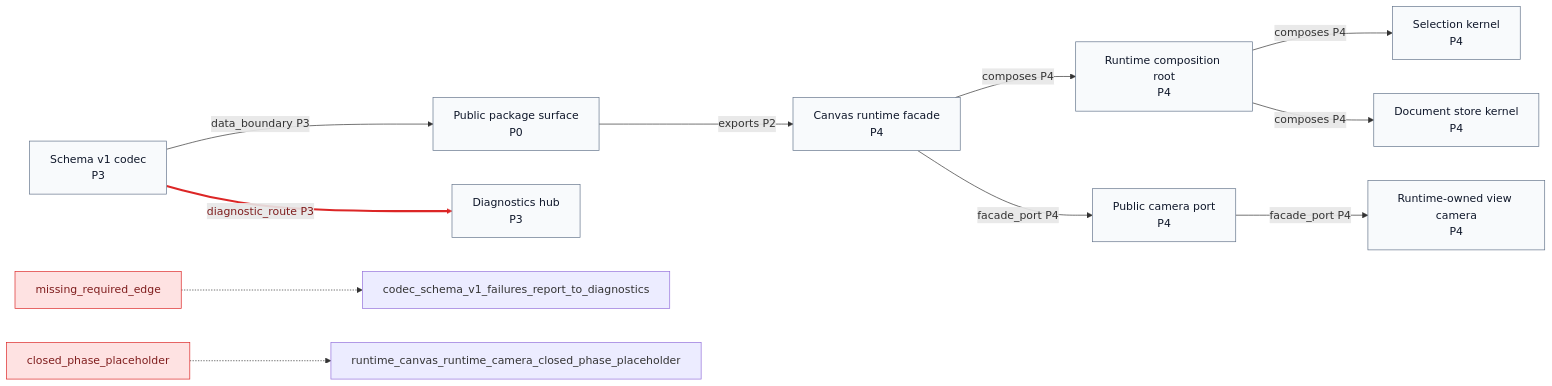
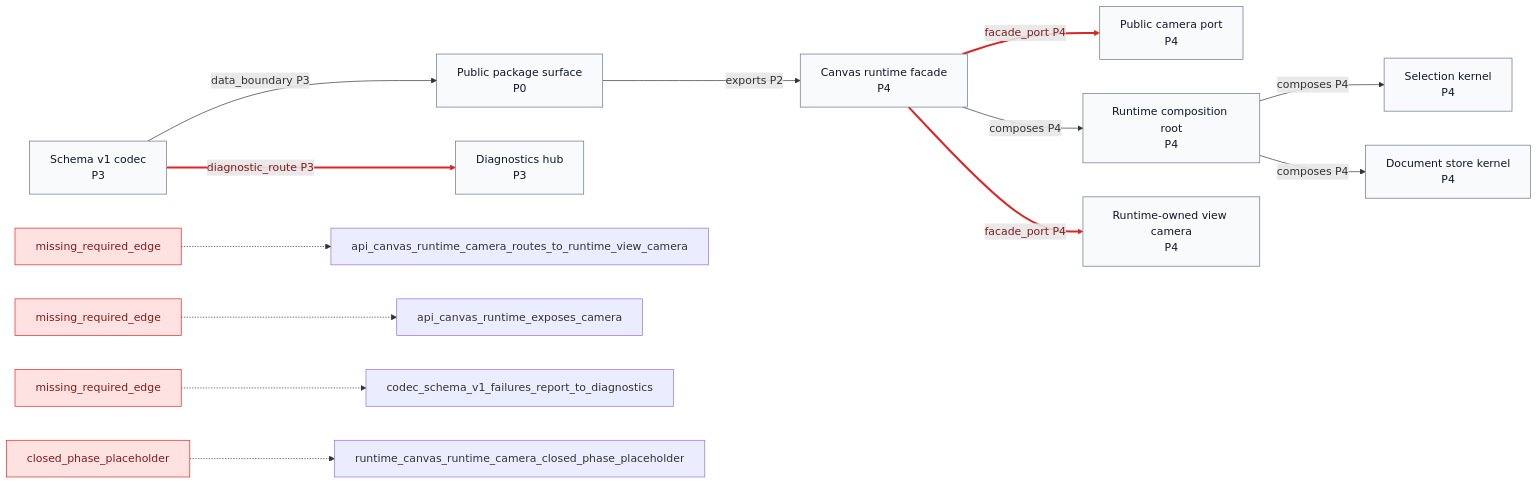
One commit to GreatPika/iwb_canvas_engine changed the diagram in docs/diagrams/generated/actual_vs_expected_diff.mmd. Above: the diagram before and after it, drawn with Mermaid. The commit also changed 8 other files, not shown here.

```diff
--- a/docs/diagrams/generated/actual_vs_expected_diff.mmd
+++ b/docs/diagrams/generated/actual_vs_expected_diff.mmd
@@ -1,29 +1,35 @@
 %% GENERATED FILE. Do not edit by hand.
 %% Source: docs/architecture/architecture_graph.yaml
 %% View: Actual vs expected selected phase diff
 %% Selected phase: P4
 flowchart LR
   api_camera_port["Public camera port\nP4"]:::ok
   api_canvas_runtime["Canvas runtime facade\nP4"]:::ok
   api_public_surface["Public package surface\nP0"]:::ok
   codec_schema_v1["Schema v1 codec\nP3"]:::ok
   diagnostics_hub["Diagnostics hub\nP3"]:::ok
   runtime_root["Runtime composition root\nP4"]:::ok
   runtime_view_camera["Runtime-owned view camera\nP4"]:::ok
   selection_kernel["Selection kernel\nP4"]:::ok
   store_document_kernel["Document store kernel\nP4"]:::ok
-  api_camera_port -->|facade_port P4| runtime_view_camera
+  api_canvas_runtime -->|facade_port P4| runtime_view_camera
   api_canvas_runtime -->|composes P4| runtime_root
   api_canvas_runtime -->|facade_port P4| api_camera_port
   api_public_surface -->|exports P2| api_canvas_runtime
   codec_schema_v1 -->|diagnostic_route P3| diagnostics_hub
   codec_schema_v1 -->|data_boundary P3| api_public_surface
   runtime_root -->|composes P4| selection_kernel
   runtime_root -->|composes P4| store_document_kernel
+  violation_api_canvas_runtime_camera_routes_to_runtime_view_camera["missing_required_edge"]:::violation
+  violation_api_canvas_runtime_camera_routes_to_runtime_view_camera -.-> api_canvas_runtime_camera_routes_to_runtime_view_camera
+  violation_api_canvas_runtime_exposes_camera["missing_required_edge"]:::violation
+  violation_api_canvas_runtime_exposes_camera -.-> api_canvas_runtime_exposes_camera
   violation_codec_schema_v1_failures_report_to_diagnostics["missing_required_edge"]:::violation
   violation_codec_schema_v1_failures_report_to_diagnostics -.-> codec_schema_v1_failures_report_to_diagnostics
   violation_runtime_canvas_runtime_camera_closed_phase_placeholder["closed_phase_placeholder"]:::violation
   violation_runtime_canvas_runtime_camera_closed_phase_placeholder -.-> runtime_canvas_runtime_camera_closed_phase_placeholder
   classDef ok fill:#f8fafc,stroke:#64748b,color:#0f172a
   classDef violation fill:#fee2e2,stroke:#dc2626,color:#7f1d1d
+  linkStyle 0 stroke:#dc2626,stroke-width:3px,color:#7f1d1d
+  linkStyle 2 stroke:#dc2626,stroke-width:3px,color:#7f1d1d
   linkStyle 4 stroke:#dc2626,stroke-width:3px,color:#7f1d1d
```
